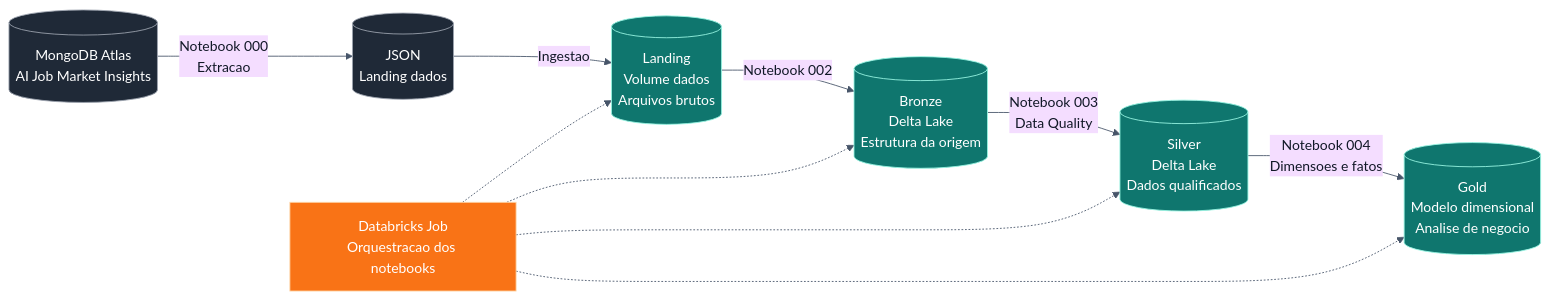
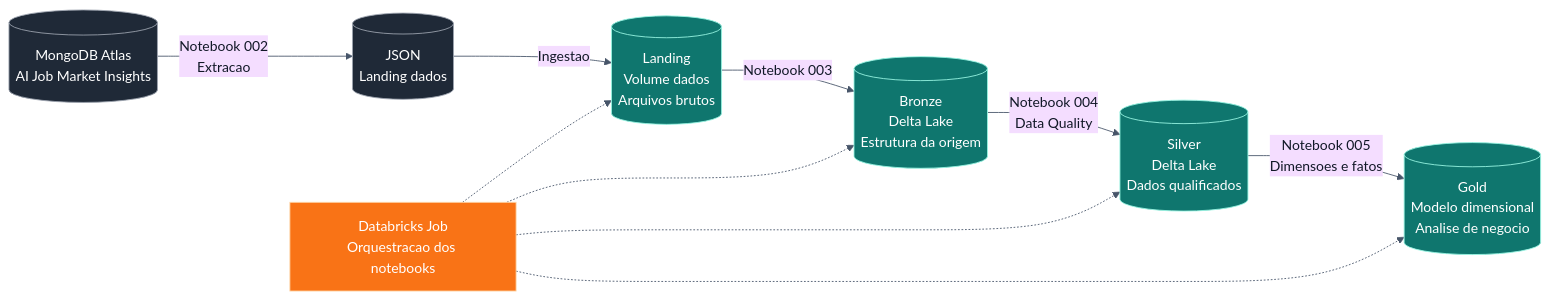
The diagram in docs/arquitetura.md (omrl/trabalho-3-lakehouse-databricks), drawn with Mermaid before and after one commit. The commit also changed 6 other files, not shown here.

````diff
--- a/docs/arquitetura.md
+++ b/docs/arquitetura.md
@@ -7,39 +7,39 @@
 ```mermaid
 %%{init: {"theme": "base", "themeVariables": {"primaryTextColor": "#ffffff", "tertiaryTextColor": "#ffffff", "nodeTextColor": "#ffffff", "fontFamily": "Arial"}}}%%
 flowchart LR
     db[(MongoDB Atlas<br/>AI Job Market Insights)]
     json[(JSON<br/>Landing dados)]
     landing[(Landing<br/>Volume dados<br/>Arquivos brutos)]
     bronze[(Bronze<br/>Delta Lake<br/>Estrutura da origem)]
     silver[(Silver<br/>Delta Lake<br/>Dados qualificados)]
     gold[(Gold<br/>Modelo dimensional<br/>Analise de negocio)]
     job[Databricks Job<br/>Orquestracao dos notebooks]
 
-    db -->|Notebook 000<br/>Extracao| json
+    db -->|Notebook 002<br/>Extracao| json
     json -->|Ingestao| landing
-    landing -->|Notebook 002| bronze
-    bronze -->|Notebook 003<br/>Data Quality| silver
-    silver -->|Notebook 004<br/>Dimensoes e fatos| gold
+    landing -->|Notebook 003| bronze
+    bronze -->|Notebook 004<br/>Data Quality| silver
+    silver -->|Notebook 005<br/>Dimensoes e fatos| gold
 
     job -.-> landing
     job -.-> bronze
     job -.-> silver
     job -.-> gold
 
     classDef source fill:#1f2937,stroke:#9ca3af,color:#ffffff
     classDef layer fill:#0f766e,stroke:#99f6e4,color:#ffffff
     classDef process fill:#f97316,stroke:#fed7aa,color:#ffffff
     linkStyle default stroke:#475569,color:#111827
 
     class db,json source
     class landing,bronze,silver,gold layer
     class job process
 
     style json color:#ffffff
     style db color:#ffffff
     style landing color:#ffffff
     style bronze color:#ffffff
     style silver color:#ffffff
     style gold color:#ffffff
     style job color:#ffffff
 ```
````
